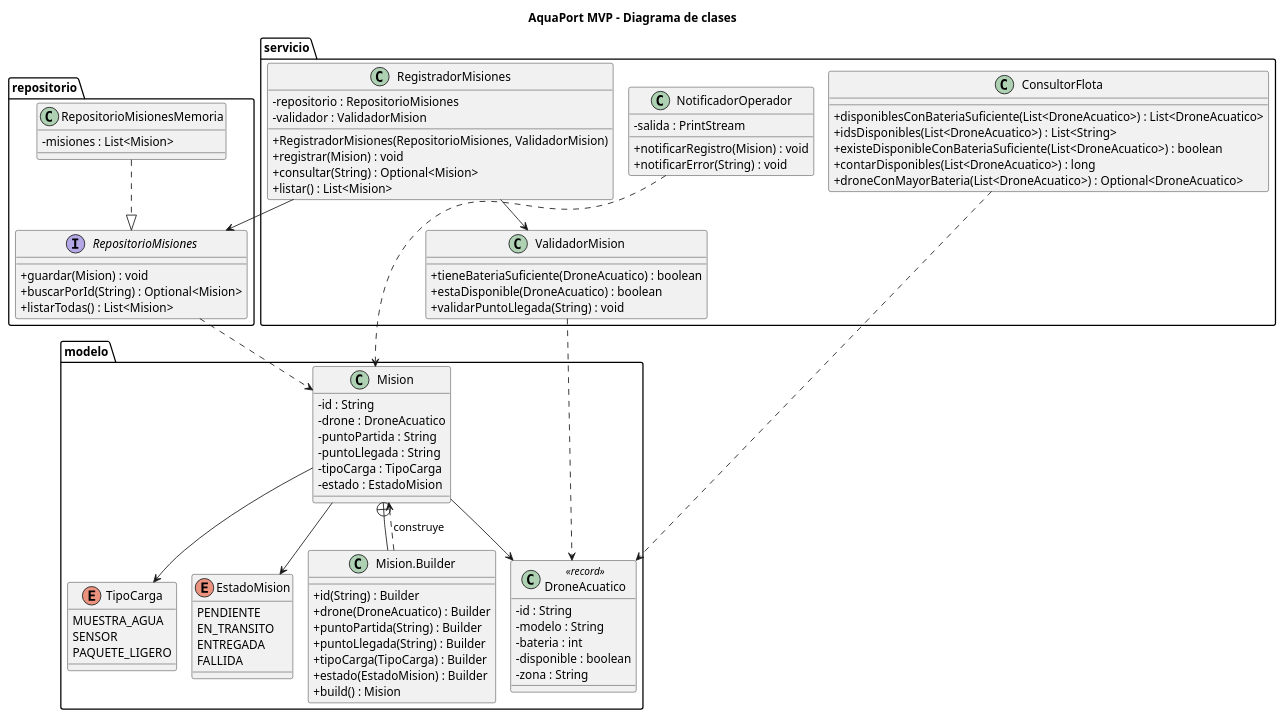
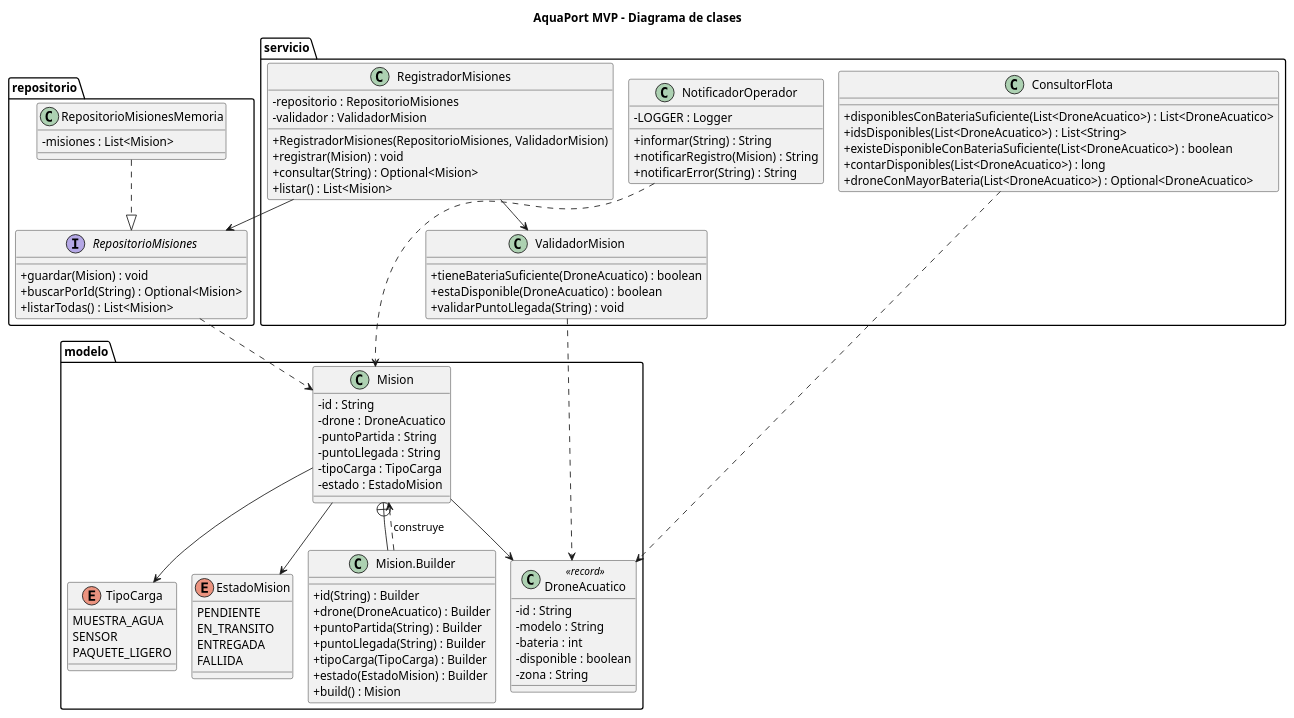
Before and after one commit to JUANNICOLASA/DOSW-AquaPort-Alvarez-JuanNicolas: the diagram in docs/diagramas/diagrama-clases-piplup.puml, drawn with PlantUML. The commit also changed 2 other files, not shown here.

Commit message:
docs: actualizar diagrama de clases y salida del programa tras usar Logger

```diff
--- a/docs/diagramas/diagrama-clases-piplup.puml
+++ b/docs/diagramas/diagrama-clases-piplup.puml
@@ -1,97 +1,98 @@
 @startuml diagrama-clases-piplup
 !pragma layout smetana
 skinparam classAttributeIconSize 0
 skinparam shadowing false
 skinparam defaultFontName Arial
 title AquaPort MVP - Diagrama de clases
 
 package modelo {
   class DroneAcuatico <<record>> {
     - id : String
     - modelo : String
     - bateria : int
     - disponible : boolean
     - zona : String
   }
   enum TipoCarga {
     MUESTRA_AGUA
     SENSOR
     PAQUETE_LIGERO
   }
   enum EstadoMision {
     PENDIENTE
     EN_TRANSITO
     ENTREGADA
     FALLIDA
   }
   class Mision {
     - id : String
     - drone : DroneAcuatico
     - puntoPartida : String
     - puntoLlegada : String
     - tipoCarga : TipoCarga
     - estado : EstadoMision
   }
   class "Mision.Builder" as Builder {
     + id(String) : Builder
     + drone(DroneAcuatico) : Builder
     + puntoPartida(String) : Builder
     + puntoLlegada(String) : Builder
     + tipoCarga(TipoCarga) : Builder
     + estado(EstadoMision) : Builder
     + build() : Mision
   }
 }
 
 package repositorio {
   interface RepositorioMisiones {
     + guardar(Mision) : void
     + buscarPorId(String) : Optional<Mision>
     + listarTodas() : List<Mision>
   }
   class RepositorioMisionesMemoria {
     - misiones : List<Mision>
   }
 }
 
 package servicio {
   class RegistradorMisiones {
     - repositorio : RepositorioMisiones
     - validador : ValidadorMision
     + RegistradorMisiones(RepositorioMisiones, ValidadorMision)
     + registrar(Mision) : void
     + consultar(String) : Optional<Mision>
     + listar() : List<Mision>
   }
   class ValidadorMision {
     + tieneBateriaSuficiente(DroneAcuatico) : boolean
     + estaDisponible(DroneAcuatico) : boolean
     + validarPuntoLlegada(String) : void
   }
   class NotificadorOperador {
-    - salida : PrintStream
-    + notificarRegistro(Mision) : void
-    + notificarError(String) : void
+    - LOGGER : Logger
+    + informar(String) : String
+    + notificarRegistro(Mision) : String
+    + notificarError(String) : String
   }
   class ConsultorFlota {
     + disponiblesConBateriaSuficiente(List<DroneAcuatico>) : List<DroneAcuatico>
     + idsDisponibles(List<DroneAcuatico>) : List<String>
     + existeDisponibleConBateriaSuficiente(List<DroneAcuatico>) : boolean
     + contarDisponibles(List<DroneAcuatico>) : long
     + droneConMayorBateria(List<DroneAcuatico>) : Optional<DroneAcuatico>
   }
 }
 
 Mision +-- Builder
 Builder ..> Mision : construye
 Mision --> DroneAcuatico
 Mision --> TipoCarga
 Mision --> EstadoMision
 RepositorioMisionesMemoria ..|> RepositorioMisiones
 RegistradorMisiones --> RepositorioMisiones
 RegistradorMisiones --> ValidadorMision
 RepositorioMisiones ..> Mision
 NotificadorOperador ..> Mision
 ConsultorFlota ..> DroneAcuatico
 ValidadorMision ..> DroneAcuatico
 @enduml
```
